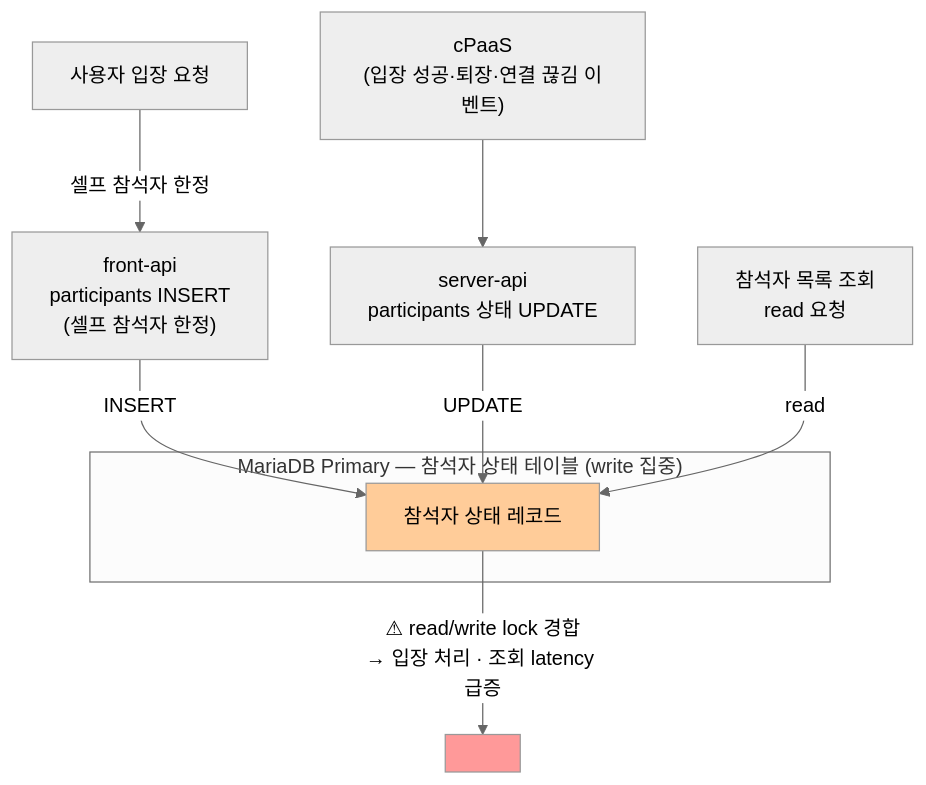
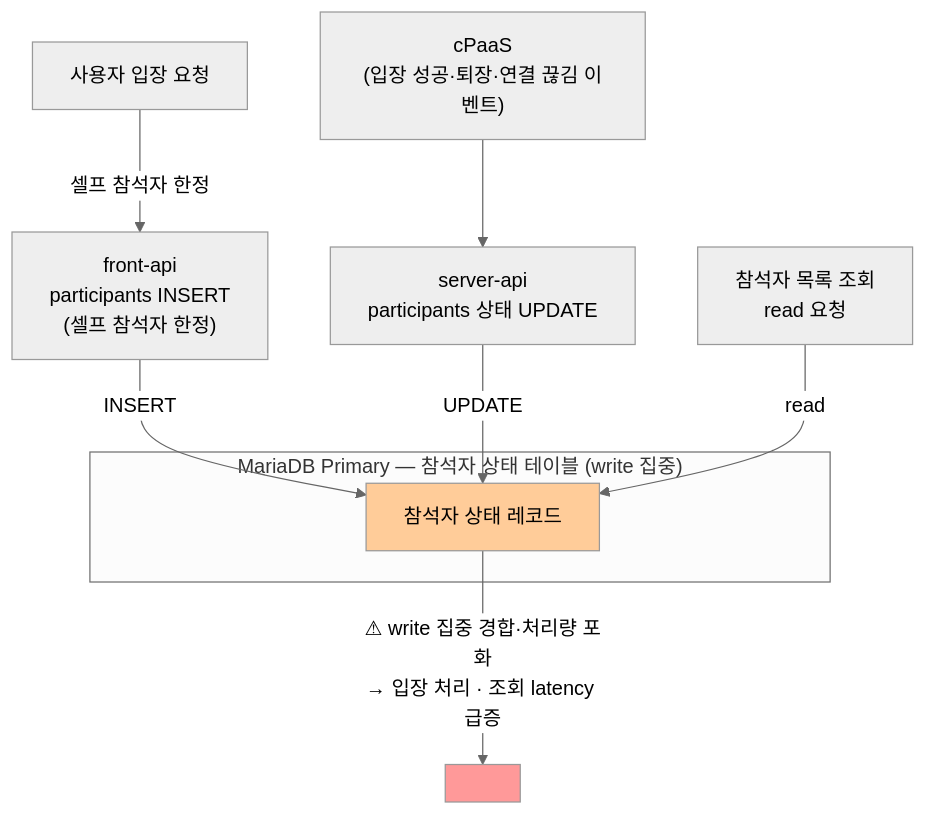
Before and after one commit to sujinnkim/A_Personal: the diagram in docs/02-system-overview/1.2-issues/ISSUE-07-회의입장피드백동시유입참석자상태DB경합.md, drawn with Mermaid (neutral theme). The commit also changed other lines of this file and 181 other files, not shown here.

````diff
--- a/docs/02-system-overview/1.2-issues/ISSUE-07-회의입장피드백동시유입참석자상태DB경합.md
+++ b/docs/02-system-overview/1.2-issues/ISSUE-07-회의입장피드백동시유입참석자상태DB경합.md
@@ -12,24 +12,24 @@
 ```mermaid
 flowchart TD
     USER["사용자 입장 요청"]
     FA_W["front-api\nparticipants INSERT\n(셀프 참석자 한정)"]
     CPAAS["cPaaS\n(입장 성공·퇴장·연결 끊김 이벤트)"]
     SA_W["server-api\nparticipants 상태 UPDATE"]
     QR["참석자 목록 조회\nread 요청"]
 
     USER -->|"셀프 참석자 한정"| FA_W
 
     subgraph DB["MariaDB Primary — 참석자 상태 테이블 (write 집중)"]
         TBL["참석자 상태 레코드"]
     end
 
     FA_W -->|"INSERT"| TBL
     CPAAS --> SA_W
     SA_W -->|"UPDATE"| TBL
     QR -->|read| TBL
 
-    TBL -->|"⚠ read/write lock 경합\n→ 입장 처리 · 조회 latency 급증"| LOCK[" "]
+    TBL -->|"⚠ write 집중 경합·처리량 포화\n→ 입장 처리 · 조회 latency 급증"| LOCK[" "]
 
     style TBL fill:#ffcc99,color:#000
     style LOCK fill:#ff9999,color:#000
 ```
````
